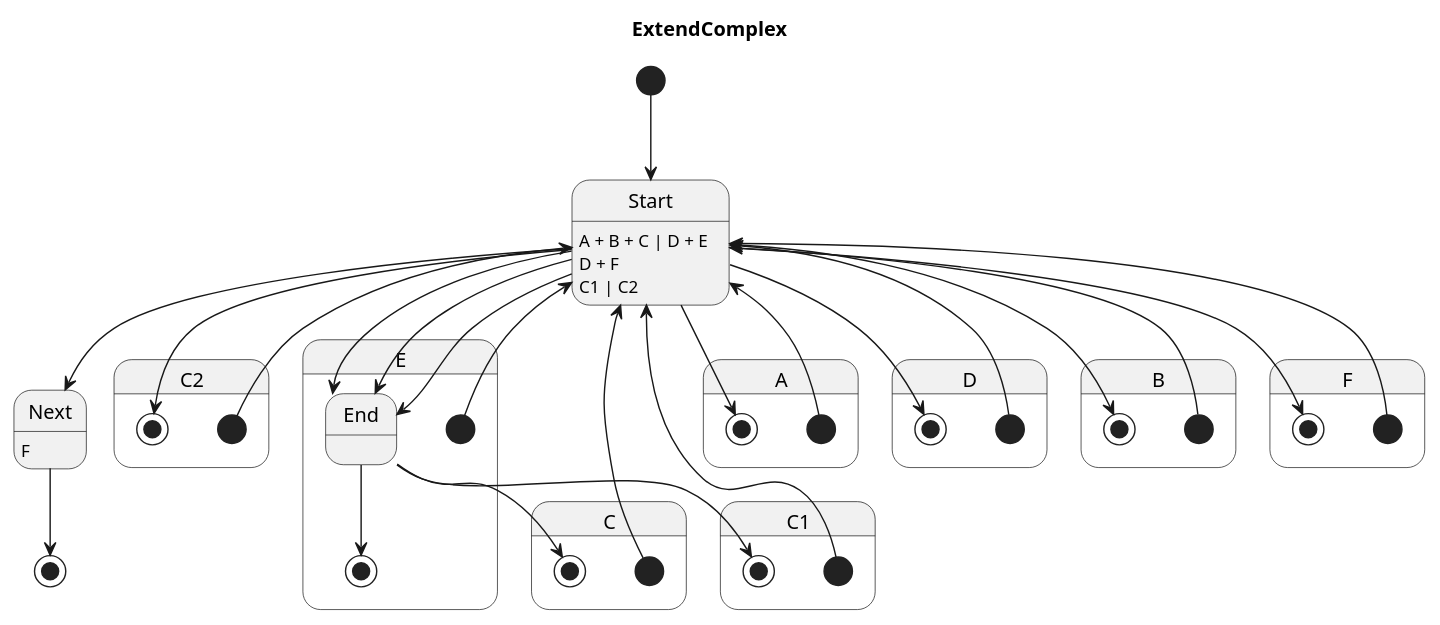
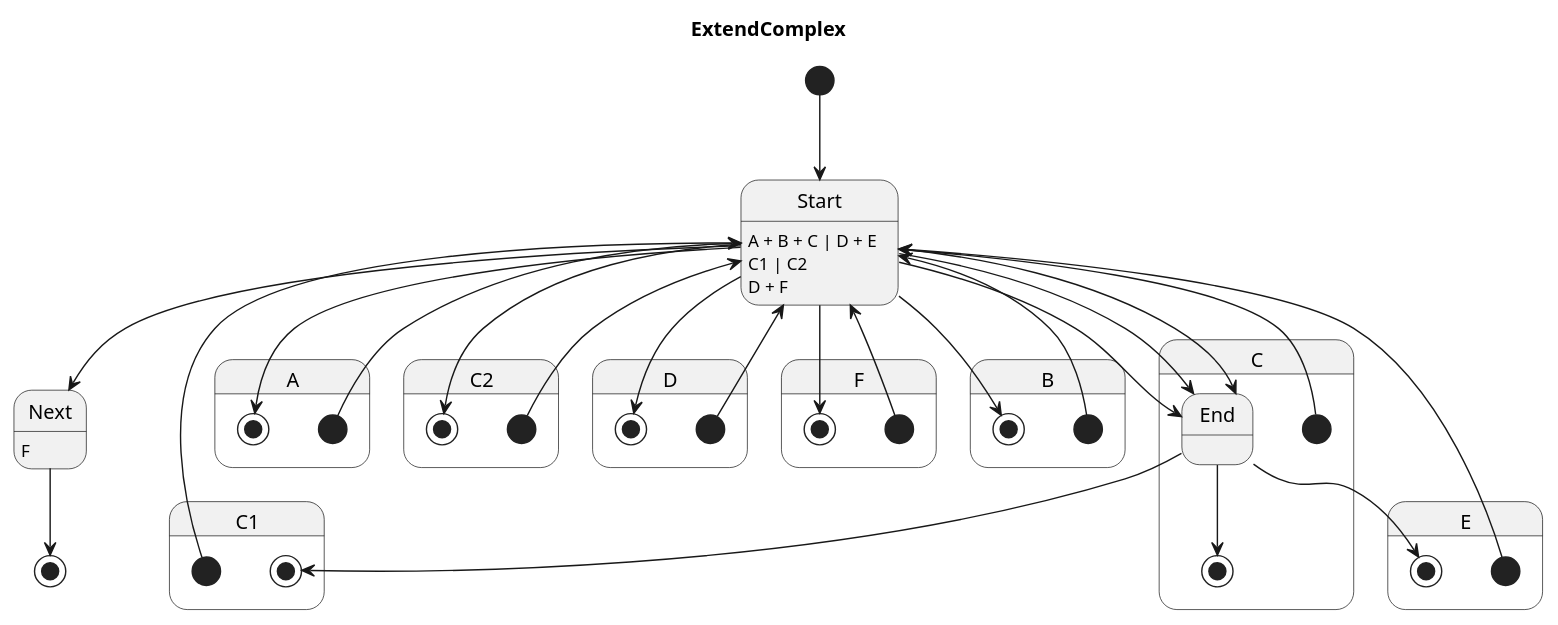
Before and after one commit to Pastor/Takt: the diagram in examples/generated/plantuml/extend_complex.puml, drawn with PlantUML. The commit also changed other lines of this file and 6 other files, not shown here.

```diff
--- a/examples/generated/plantuml/extend_complex.puml
+++ b/examples/generated/plantuml/extend_complex.puml
@@ -1,55 +1,55 @@
 @startuml
 title ExtendComplex
 
 [*] --> Start
+Start : A + B + C | D + E
+Start --> Next
 Next : F
 Next --> [*]
-Start : A + B + C | D + E
-Start --> Next
+
+state C {
+    [*] --> Start
+    Start : C1 | C2
+    Start --> End
+    End --> [*]
+}
+
+state A {
+    [*] --> Start
+    Start --> [*]
+}
 
 state C2 {
+    [*] --> Start
+    Start --> [*]
+}
+
+state C1 {
+    [*] --> Start
+    Start --> End
+    End --> [*]
+}
+
+state D {
+    [*] --> Start
+    Start --> [*]
+}
+
+state F {
     [*] --> Start
     Start --> [*]
 }
 
 state E {
     [*] --> Start
     End --> [*]
     Start : D + F
     Start --> End
 }
 
-state A {
-    [*] --> Start
-    Start --> [*]
-}
-
-state D {
-    [*] --> Start
-    Start --> [*]
-}
-
-state C {
-    [*] --> Start
-    Start : C1 | C2
-    Start --> End
-    End --> [*]
-}
-
-state C1 {
-    [*] --> Start
-    Start --> End
-    End --> [*]
-}
-
 state B {
     [*] --> Start
     Start --> [*]
 }
 
-state F {
-    [*] --> Start
-    Start --> [*]
-}
-
 @enduml
```
